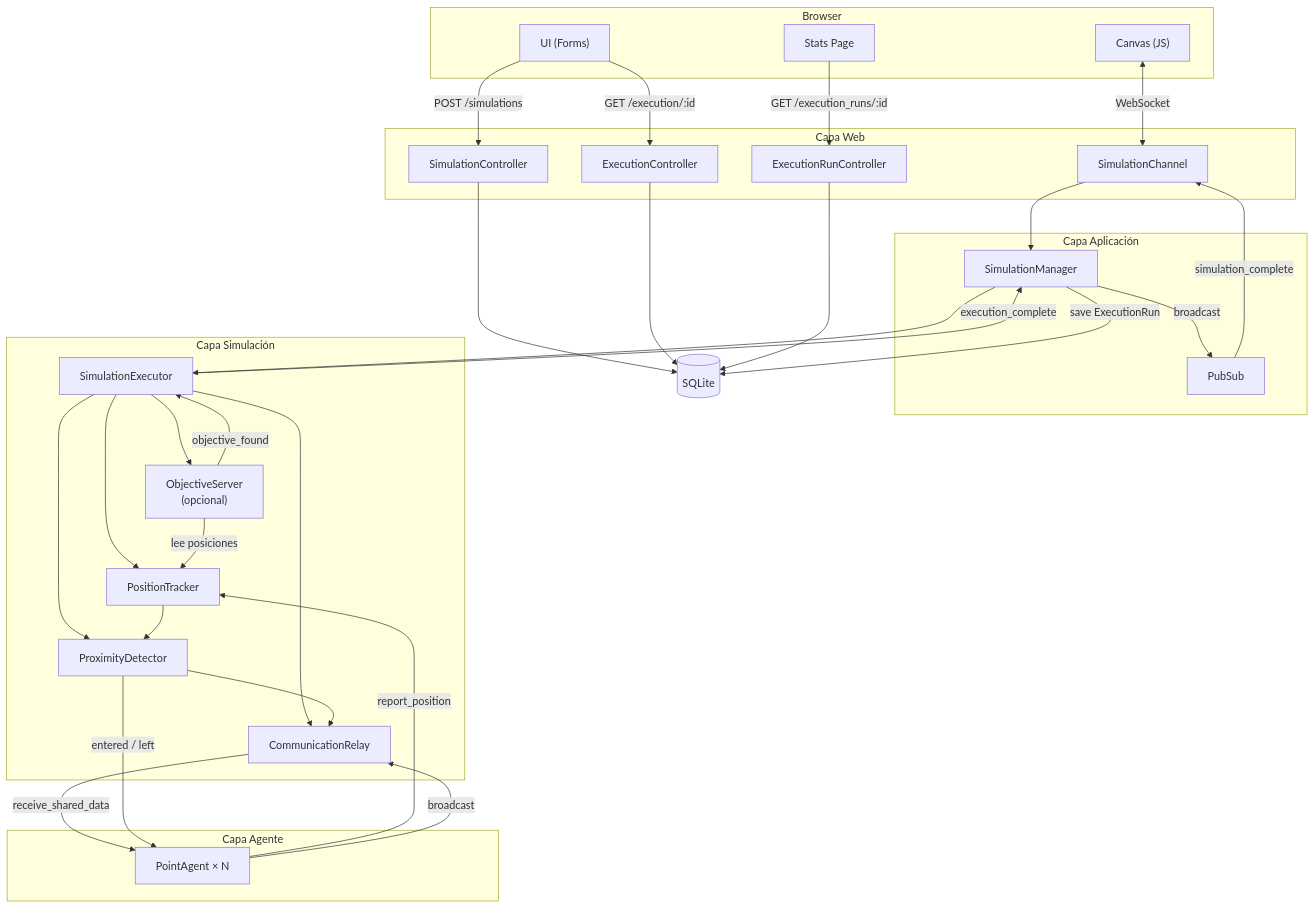
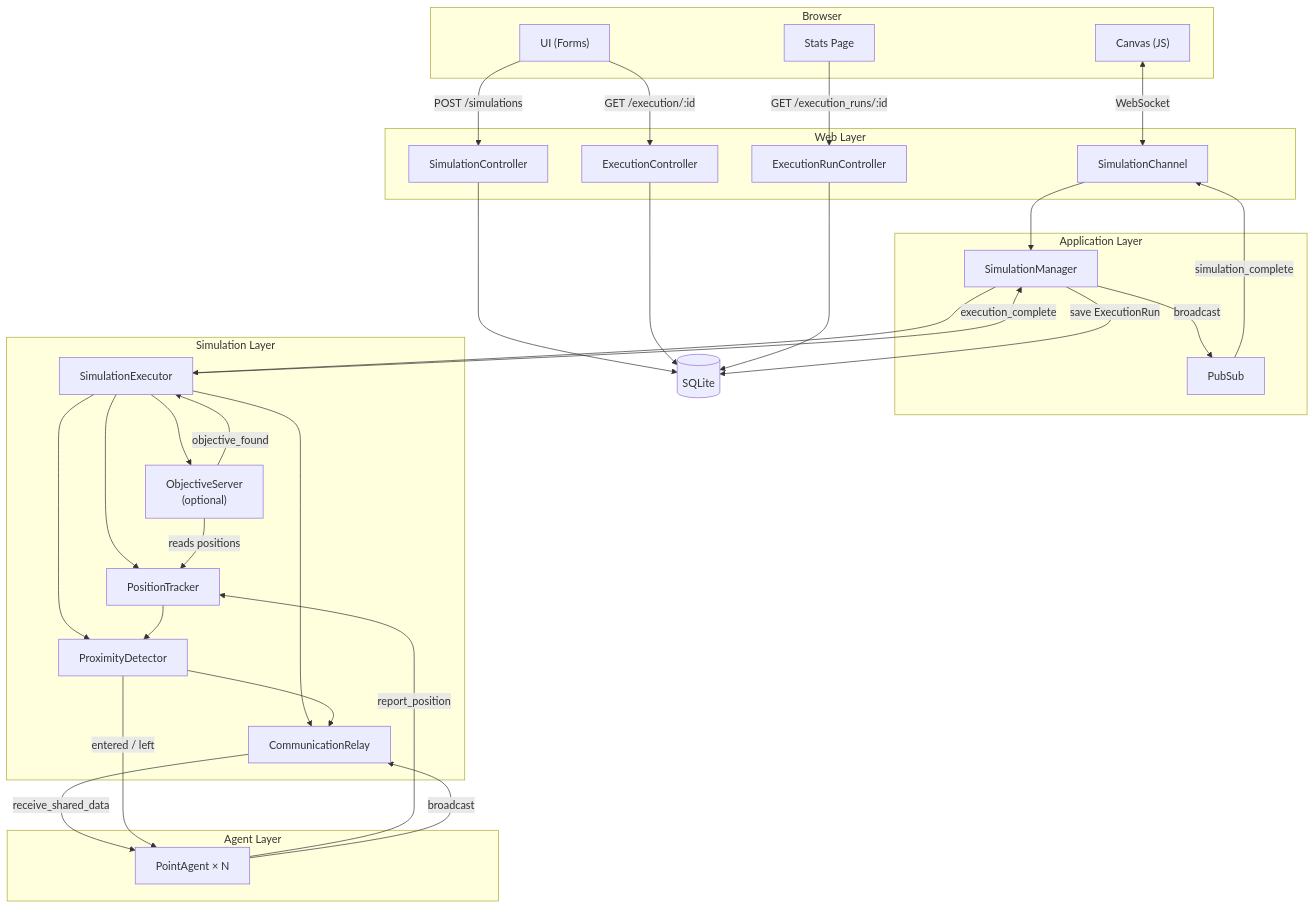
The first of 11 diagrams in docs/data_flows.md (FLAGlab/Elixir-Swarm-Simulator), drawn with Mermaid before and after one commit. The commit also changed other lines of this file and 40 other files, not shown here.

````diff
--- a/docs/data_flows.md
+++ b/docs/data_flows.md
@@ -8,57 +8,57 @@
 ```mermaid
 flowchart TD
     subgraph Browser
         UI["UI (Forms)"]
         Canvas["Canvas (JS)"]
         Stats["Stats Page"]
     end
 
-    subgraph Web["Capa Web"]
+    subgraph Web["Web Layer"]
         SC["SimulationController"]
         EC["ExecutionController"]
         ERC["ExecutionRunController"]
         Ch["SimulationChannel"]
     end
 
-    subgraph App["Capa Aplicación"]
+    subgraph App["Application Layer"]
         Mg["SimulationManager"]
         PS["PubSub"]
     end
 
-    subgraph Sim["Capa Simulación"]
+    subgraph Sim["Simulation Layer"]
         Ex["SimulationExecutor"]
         PT["PositionTracker"]
         PD["ProximityDetector"]
         CR["CommunicationRelay"]
-        OS["ObjectiveServer\n(opcional)"]
+        OS["ObjectiveServer\n(optional)"]
     end
 
-    subgraph Agents["Capa Agente"]
+    subgraph Agents["Agent Layer"]
         A["PointAgent × N"]
     end
 
     DB[("SQLite")]
 
     UI -- "POST /simulations" --> SC
     SC --> DB
     UI -- "GET /execution/:id" --> EC
     EC --> DB
     Stats -- "GET /execution_runs/:id" --> ERC
     ERC --> DB
     Canvas <-- "WebSocket" --> Ch
     Ch --> Mg
     Mg --> Ex
     Ex --> PT & PD & CR & OS
     PT --> PD
     PD --> CR
-    OS -- "lee posiciones" --> PT
+    OS -- "reads positions" --> PT
     OS -- "objective_found" --> Ex
     Ex -- "execution_complete" --> Mg
     Mg -- "save ExecutionRun" --> DB
     Mg -- "broadcast" --> PS
     PS -- "simulation_complete" --> Ch
     A -- "report_position" --> PT
     A -- "broadcast" --> CR
     CR -- "receive_shared_data" --> A
     PD -- "entered / left" --> A
 ```
````
